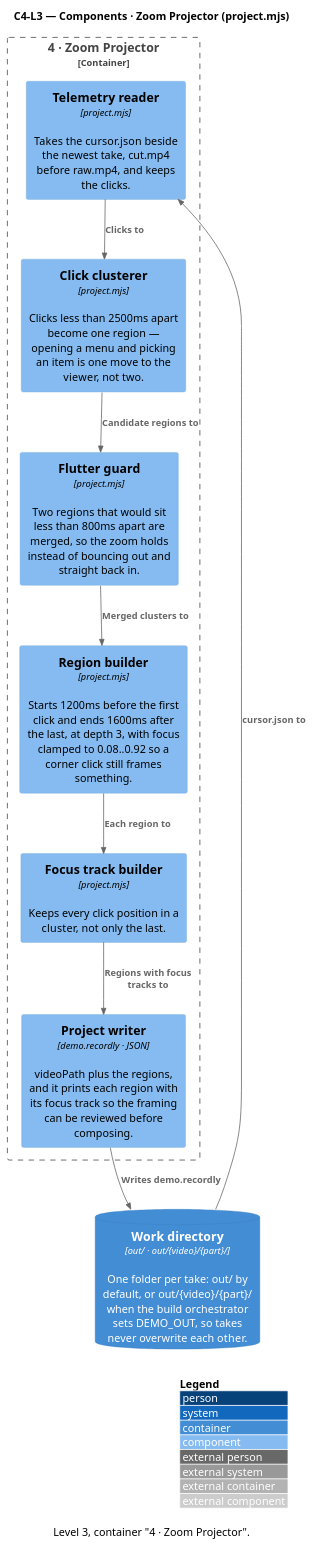
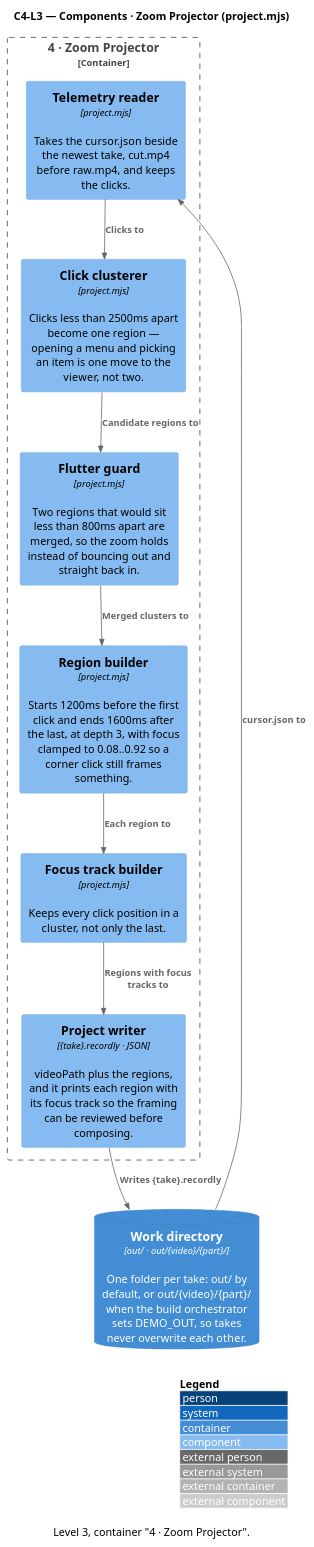
One commit to ssunduko/product-video changed the diagram in docs/c4-l3-zoom-projector.puml. Above: the diagram before and after it, drawn with PlantUML. The commit also changed 16 other files, not shown here.

First line of the commit message:
Add click-tracking video, sample reference video, per-take zoom project name

```diff
--- a/docs/c4-l3-zoom-projector.puml
+++ b/docs/c4-l3-zoom-projector.puml
@@ -1,30 +1,30 @@
 @startuml c4-l3-zoom-projector
 ' Generated by docs/c4-model.mjs — do not edit; edit the model and re-run.
 !include <C4/C4_Component>
 ' No bundled C4 stdlib? Replace the line above with:
 ' !include https://raw.githubusercontent.com/plantuml-stdlib/C4-PlantUML/master/C4_Component.puml
 
 title C4-L3 — Components · Zoom Projector (project.mjs)
 caption Level 3, container "4 · Zoom Projector".
 
 ContainerDb(work_directory, "Work directory", "out/ · out/{video}/{part}/", "One folder per take: out/ by default, or out/{video}/{part}/ when the build orchestrator sets DEMO_OUT, so takes never overwrite each other.")
 
 Container_Boundary(zoom_projector_2, "4 · Zoom Projector") {
   Component(telemetry_reader, "Telemetry reader", "project.mjs", "Takes the cursor.json beside the newest take, cut.mp4 before raw.mp4, and keeps the clicks.")
   Component(click_clusterer, "Click clusterer", "project.mjs", "Clicks less than 2500ms apart become one region — opening a menu and picking an item is one move to the viewer, not two.")
   Component(flutter_guard, "Flutter guard", "project.mjs", "Two regions that would sit less than 800ms apart are merged, so the zoom holds instead of bouncing out and straight back in.")
   Component(region_builder, "Region builder", "project.mjs", "Starts 1200ms before the first click and ends 1600ms after the last, at depth 3, with focus clamped to 0.08..0.92 so a corner click still frames something.")
   Component(focus_track_builder, "Focus track builder", "project.mjs", "Keeps every click position in a cluster, not only the last.")
-  Component(project_writer, "Project writer", "demo.recordly · JSON", "videoPath plus the regions, and it prints each region with its focus track so the framing can be reviewed before composing.")
+  Component(project_writer, "Project writer", "{take}.recordly · JSON", "videoPath plus the regions, and it prints each region with its focus track so the framing can be reviewed before composing.")
 }
 
 Rel(work_directory, telemetry_reader, "cursor.json to")
 Rel(telemetry_reader, click_clusterer, "Clicks to")
 Rel(click_clusterer, flutter_guard, "Candidate regions to")
 Rel(flutter_guard, region_builder, "Merged clusters to")
 Rel(region_builder, focus_track_builder, "Each region to")
 Rel(focus_track_builder, project_writer, "Regions with focus tracks to")
-Rel(project_writer, work_directory, "Writes demo.recordly")
+Rel(project_writer, work_directory, "Writes {take}.recordly")
 
 LAYOUT_WITH_LEGEND()
 @enduml
```
